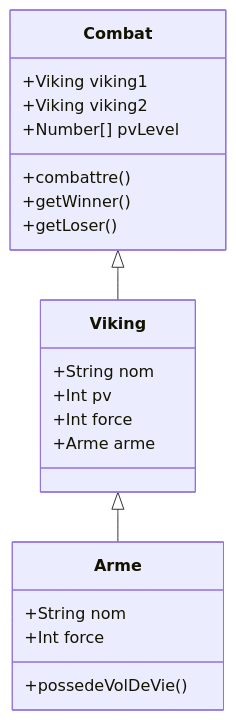
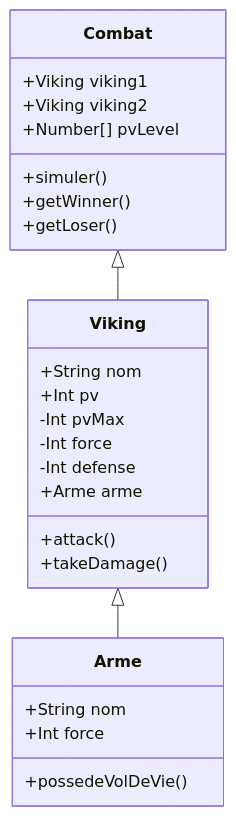
One commit to Zelie-C/viking changed the diagram in classDiagram.md. Above: the diagram before and after it, drawn with Mermaid. The commit also changed 3 other files, not shown here.

````diff
--- a/classDiagram.md
+++ b/classDiagram.md
@@ -1,24 +1,28 @@
 ```mermaid
 classDiagram
     Viking<|--Arme
     Combat<|--Viking
     class Viking{
         +String nom
         +Int pv
-        +Int force
+        -Int pvMax
+        -Int force
+        -Int defense
         +Arme arme
+        +attack()
+        +takeDamage()
     }
     class Arme {
         +String nom
         +Int force
         +possedeVolDeVie()
     }
     class Combat{
         +Viking viking1
         +Viking viking2
         +Number[] pvLevel
-        +combattre()
+        +simuler()
         +getWinner()
         +getLoser()
     }
 ```
````
